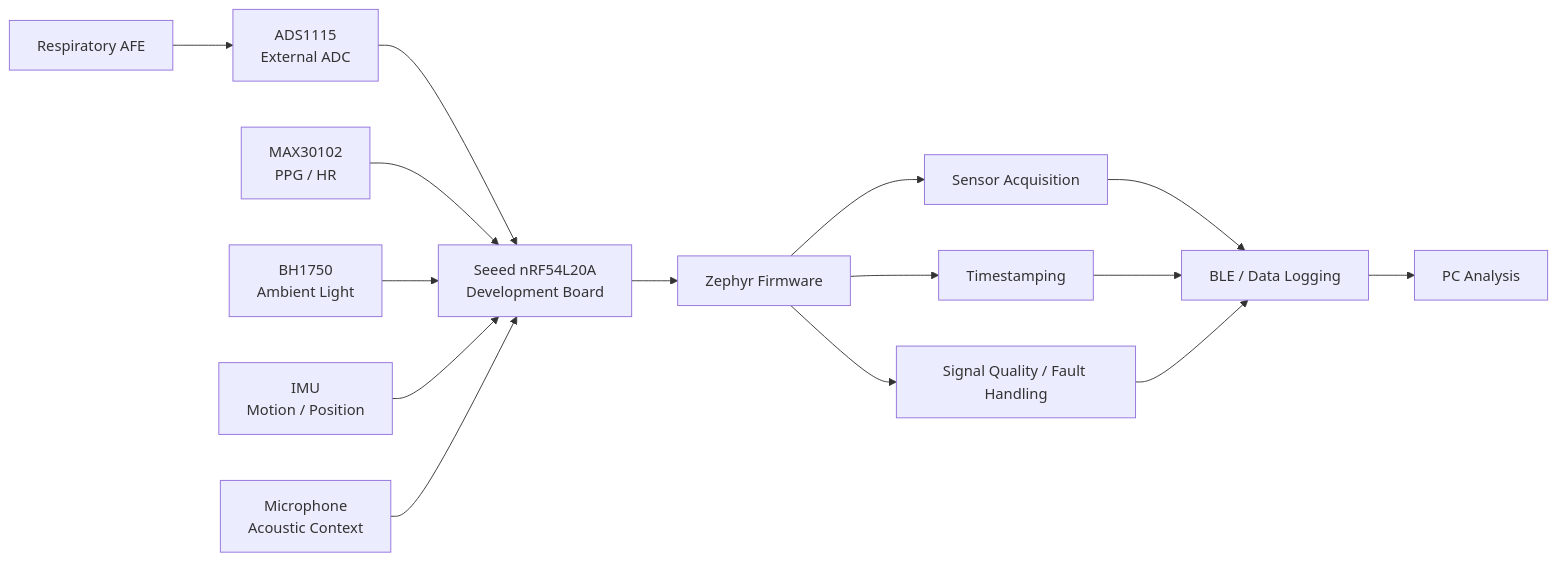
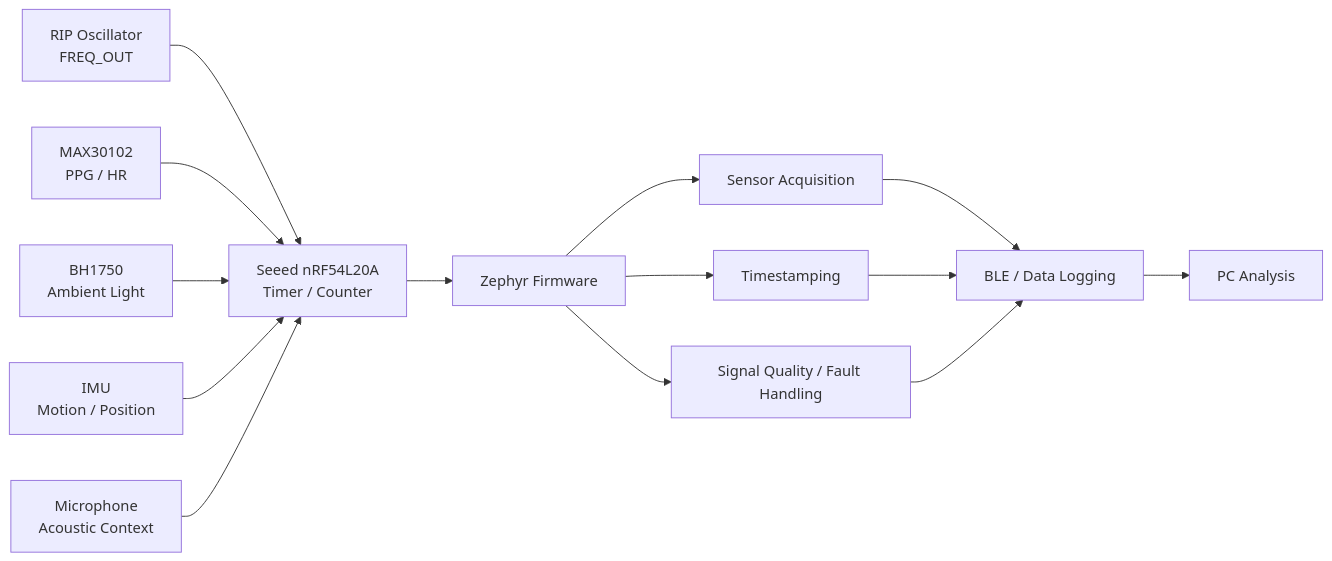
Before and after one commit to CDonohoe-Designs/SomniMate: the second of 5 diagrams in README.md, drawn with Mermaid. The commit also changed other lines of this file, not shown here.

Commit message:
Document first-pass RIP oscillator design

````diff
--- a/README.md
+++ b/README.md
@@ -68,20 +68,19 @@
 ```mermaid
 flowchart LR
-    A["Respiratory AFE"] --> B["ADS1115<br/>External ADC"]
-    B --> C["Seeed nRF54L20A<br/>Development Board"]
+    A["RIP Oscillator<br/>FREQ_OUT"] --> C["Seeed nRF54L20A<br/>Timer / Counter"]
 
     D["MAX30102<br/>PPG / HR"] --> C
     E["BH1750<br/>Ambient Light"] --> C
     F["IMU<br/>Motion / Position"] --> C
     G["Microphone<br/>Acoustic Context"] --> C
 
     C --> H["Zephyr Firmware"]
     H --> I["Sensor Acquisition"]
     H --> J["Timestamping"]
     H --> K["Signal Quality / Fault Handling"]
 
     I --> L["BLE / Data Logging"]
     J --> L
     K --> L
     L --> M["PC Analysis"]
 ```
````
